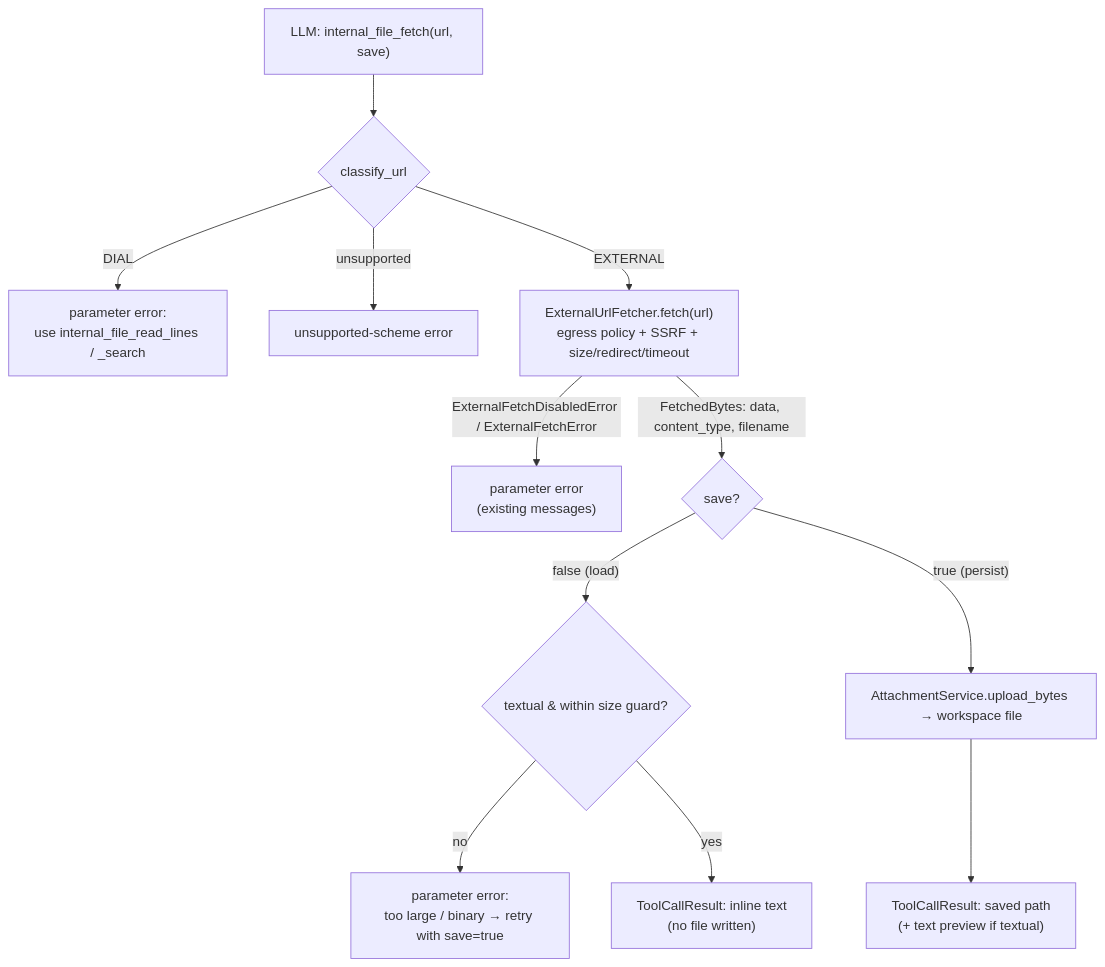
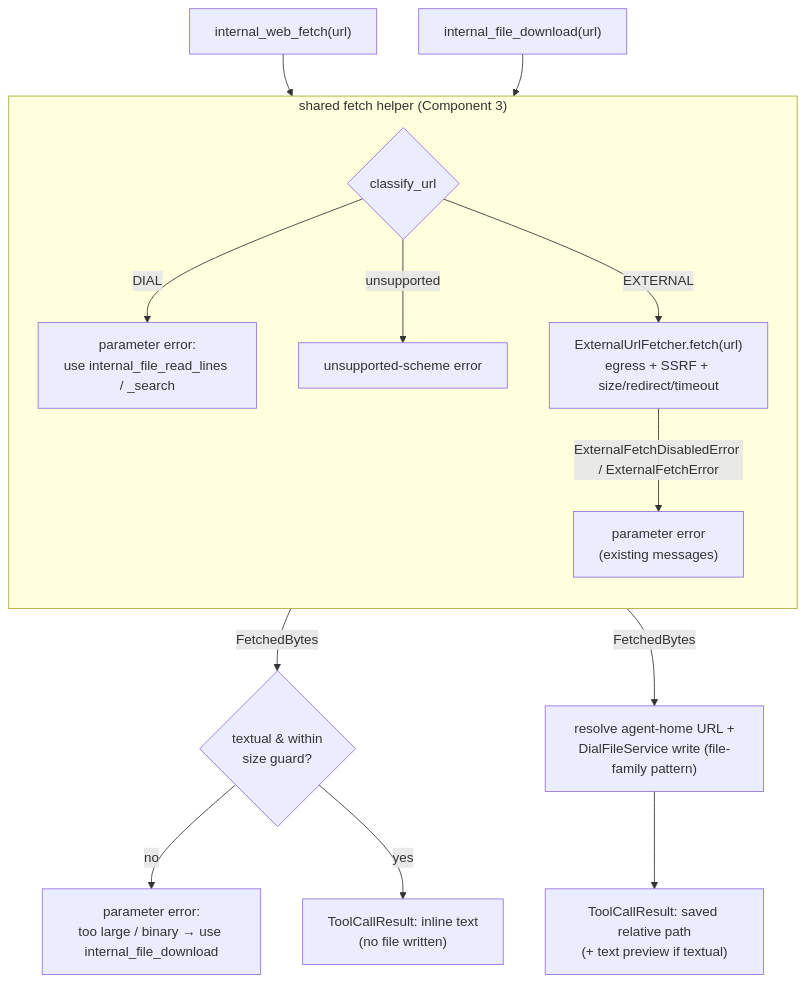
One commit to epam/ai-dial-quickapps-backend changed the diagram in docs/designs/web_fetch_tool.md. Above: the diagram before and after it, drawn with Mermaid. The commit also changed other lines of this file, not shown here.

First line of the commit message:
docs: revise and approve web fetch & file download design (#344)

````diff
--- a/docs/designs/web_fetch_tool.md
+++ b/docs/designs/web_fetch_tool.md
@@ -108,14 +121,19 @@
 ```mermaid
 flowchart TD
-    A["LLM: internal_file_fetch(url, save)"] --> B{"classify_url"}
-    B -->|DIAL| E1["parameter error:<br/>use internal_file_read_lines / _search"]
-    B -->|unsupported| E2["unsupported-scheme error"]
-    B -->|EXTERNAL| C["ExternalUrlFetcher.fetch(url)<br/>egress policy + SSRF + size/redirect/timeout"]
-    C -->|"ExternalFetchDisabledError / ExternalFetchError"| E3["parameter error<br/>(existing messages)"]
-    C -->|"FetchedBytes: data, content_type, filename"| M{"save?"}
-    M -->|"false (load)"| L{"textual & within size guard?"}
-    L -->|no| E4["parameter error:<br/>too large / binary &rarr; retry with save=true"]
+    subgraph shared["shared fetch helper (Component 3)"]
+      direction TB
+      B{"classify_url"} -->|DIAL| E1["parameter error:<br/>use internal_file_read_lines / _search"]
+      B -->|unsupported| E2["unsupported-scheme error"]
+      B -->|EXTERNAL| C["ExternalUrlFetcher.fetch(url)<br/>egress + SSRF + size/redirect/timeout"]
+      C -->|"ExternalFetchDisabledError / ExternalFetchError"| E3["parameter error<br/>(existing messages)"]
+    end
+
+    WF["internal_web_fetch(url)"] --> B
+    C -->|"FetchedBytes"| L{"textual & within<br/>size guard?"}
+    L -->|no| E4["parameter error:<br/>too large / binary &rarr; use internal_file_download"]
     L -->|yes| LR["ToolCallResult: inline text<br/>(no file written)"]
-    M -->|"true (persist)"| P["AttachmentService.upload_bytes &rarr; workspace file"]
-    P --> PR["ToolCallResult: saved path<br/>(+ text preview if textual)"]
+
+    DL["internal_file_download(url)"] --> B
+    C -->|"FetchedBytes"| P["resolve agent-home URL +<br/>DialFileService write (file-family pattern)"]
+    P --> PR["ToolCallResult: saved relative path<br/>(+ text preview if textual)"]
 ```
````
